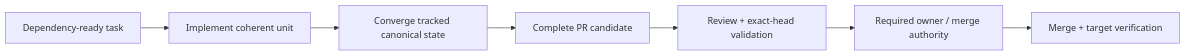
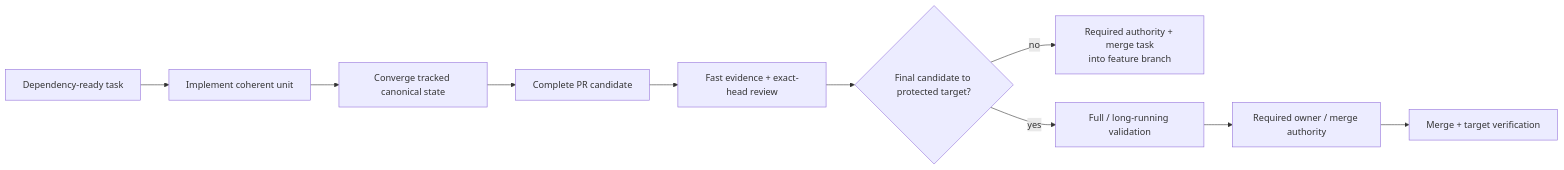
One commit to hhhhhusky777/spec-driven-delivery-playbook changed the seventh of 12 diagrams in README.md. Above: the diagram before and after it, drawn with Mermaid. The commit also changed other lines of this file and 8 other files, not shown here.

Commit message:
docs: simplify failure handling and final validation

````diff
--- a/README.md
+++ b/README.md
@@ -295,9 +295,12 @@
 ```mermaid
 flowchart LR
     R["Dependency-ready task"] --> I["Implement coherent unit"]
     I --> C["Converge tracked canonical state"]
     C --> PR["Complete PR candidate"]
-    PR --> A["Review + exact-head validation"]
-    A --> H["Required owner / merge authority"]
+    PR --> A["Fast evidence + exact-head review"]
+    A --> G{"Final candidate to protected target?"}
+    G -->|"no"| T["Required authority + merge task<br/>into feature branch"]
+    G -->|"yes"| V["Full / long-running validation"]
+    V --> H["Required owner / merge authority"]
     H --> M["Merge + target verification"]
 ```
````
